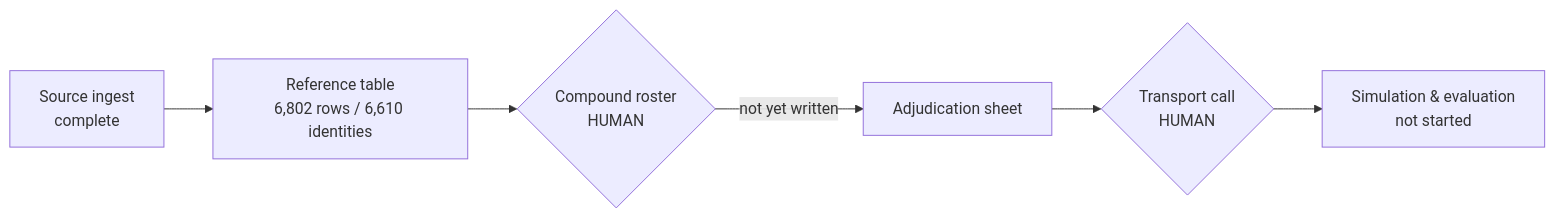
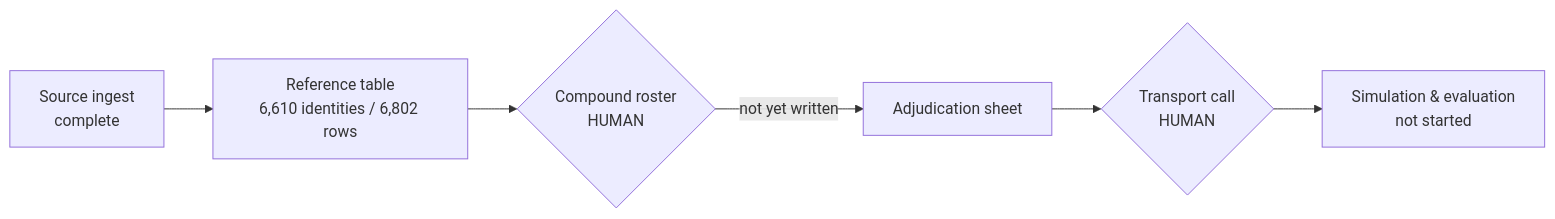
One commit to supmo668/bioFM changed the diagram in workstreams/lung-on-chipsim/qa/_adhoc/lung-on-chipsim-walkthrough-product.md. Above: the diagram before and after it, drawn with Mermaid. The commit also changed other lines of this file, not shown here.

First line of the commit message:
TASK-lung-on-chipsim-docs - lung-on-chipsim/lung-on-chipsim for matthew-mo: docs(provenance): row 109 — make 6,610 distinct identities the headline and disclose 6,802 as the row count

````diff
--- a/workstreams/lung-on-chipsim/qa/_adhoc/lung-on-chipsim-walkthrough-product.md
+++ b/workstreams/lung-on-chipsim/qa/_adhoc/lung-on-chipsim-walkthrough-product.md
@@ -42,8 +44,8 @@
 ```mermaid
 flowchart LR
-  A["Source ingest<br/>complete"] --> B["Reference table<br/>6,802 rows / 6,610 identities"]
+  A["Source ingest<br/>complete"] --> B["Reference table<br/>6,610 identities / 6,802 rows"]
   B --> C{"Compound roster<br/>HUMAN"}
   C -->|not yet written| D["Adjudication sheet"]
   D --> E{"Transport call<br/>HUMAN"}
   E --> F["Simulation &amp; evaluation<br/>not started"]
 ```
````
